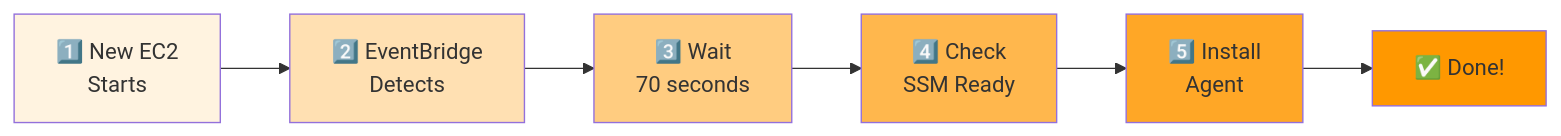
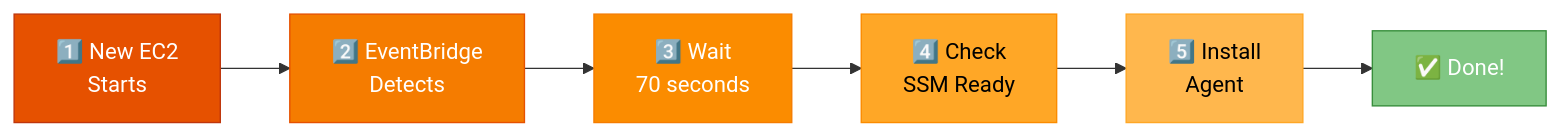
Before and after one commit to alejogaci/AWS_WS_Automate: the third of 8 diagrams in ARCHITECTURE.md, drawn with Mermaid. The commit also changed other lines of this file, not shown here.

````diff
--- a/ARCHITECTURE.md
+++ b/ARCHITECTURE.md
@@ -46,15 +46,15 @@
 ```mermaid
 graph LR
     A[1️⃣ New EC2<br/>Starts] --> B[2️⃣ EventBridge<br/>Detects]
     B --> C[3️⃣ Wait<br/>70 seconds]
     C --> D[4️⃣ Check<br/>SSM Ready]
     D --> E[5️⃣ Install<br/>Agent]
     E --> F[✅ Done!]
 
-    style A fill:#fff3e0
-    style B fill:#ffe0b2
-    style C fill:#ffcc80
-    style D fill:#ffb74d
-    style E fill:#ffa726
-    style F fill:#ff9800
+    style A fill:#e65100,stroke:#bf360c,color:#fff
+    style B fill:#f57c00,stroke:#e65100,color:#fff
+    style C fill:#fb8c00,stroke:#f57c00,color:#fff
+    style D fill:#ffa726,stroke:#fb8c00,color:#000
+    style E fill:#ffb74d,stroke:#ffa726,color:#000
+    style F fill:#81c784,stroke:#388e3c,color:#fff
 ```
````
